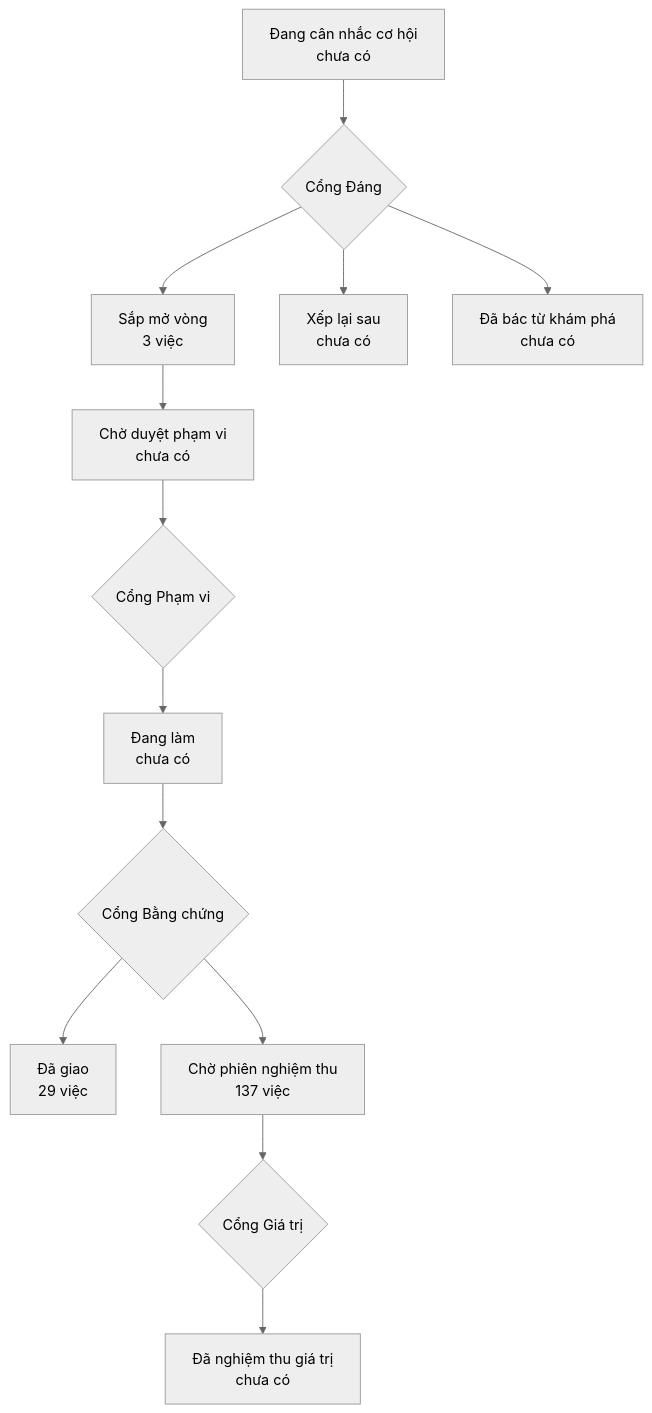
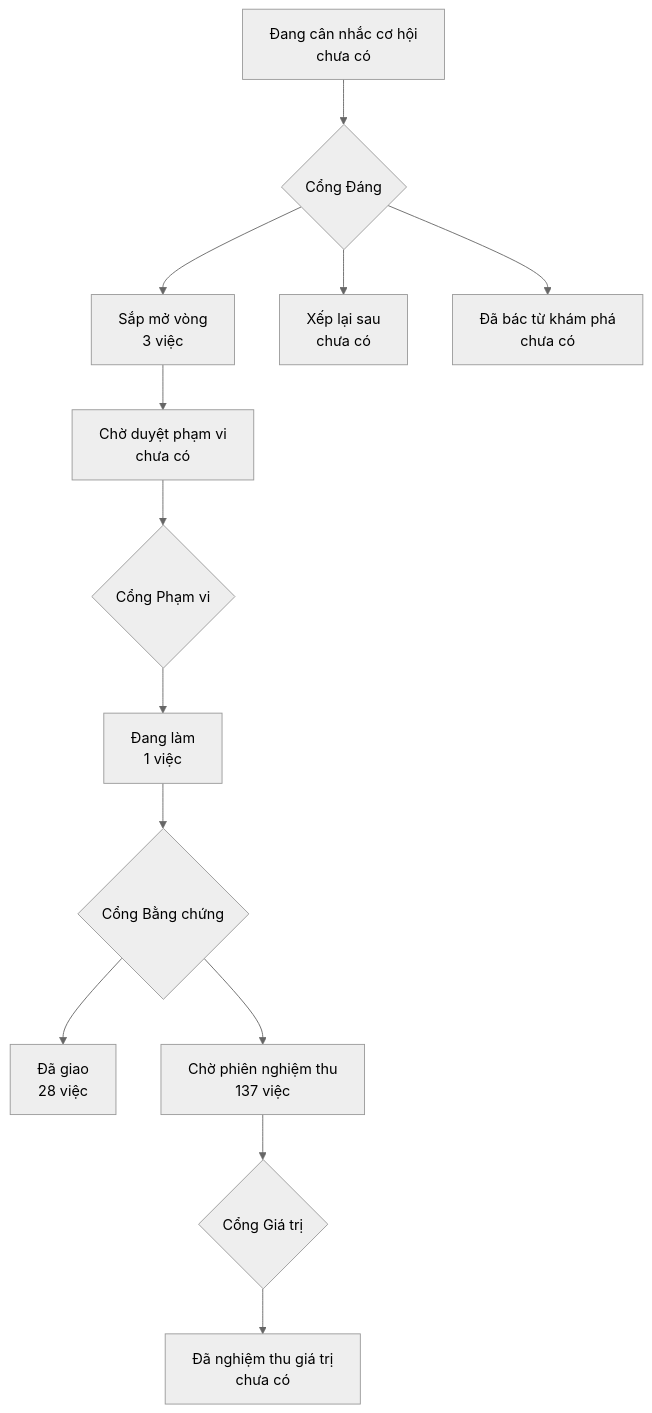
The diagram in PRODUCT-MAP.md (phanlemanh/onehub-quy-hang), drawn with Mermaid (neutral theme) before and after one commit. The commit also changed other lines of this file and 1 other file, not shown here.

````diff
--- a/PRODUCT-MAP.md
+++ b/PRODUCT-MAP.md
@@ -7,12 +7,12 @@
 ```mermaid
 flowchart TD
   A["Đang cân nhắc cơ hội<br/>chưa có"] --> GD{"Cổng Đáng"}
   GD --> B["Sắp mở vòng<br/>3 việc"]
   GD --> XL["Xếp lại sau<br/>chưa có"]
   GD --> DB["Đã bác từ khám phá<br/>chưa có"]
   B --> CD["Chờ duyệt phạm vi<br/>chưa có"] --> GP{"Cổng Phạm vi"}
-  GP --> DL["Đang làm<br/>chưa có"] --> GB{"Cổng Bằng chứng"}
-  GB --> DG["Đã giao<br/>29 việc"]
+  GP --> DL["Đang làm<br/>1 việc"] --> GB{"Cổng Bằng chứng"}
+  GB --> DG["Đã giao<br/>28 việc"]
   GB --> CN["Chờ phiên nghiệm thu<br/>137 việc"] --> GG{"Cổng Giá trị"}
   GG --> NT["Đã nghiệm thu giá trị<br/>chưa có"]
 ```
````
